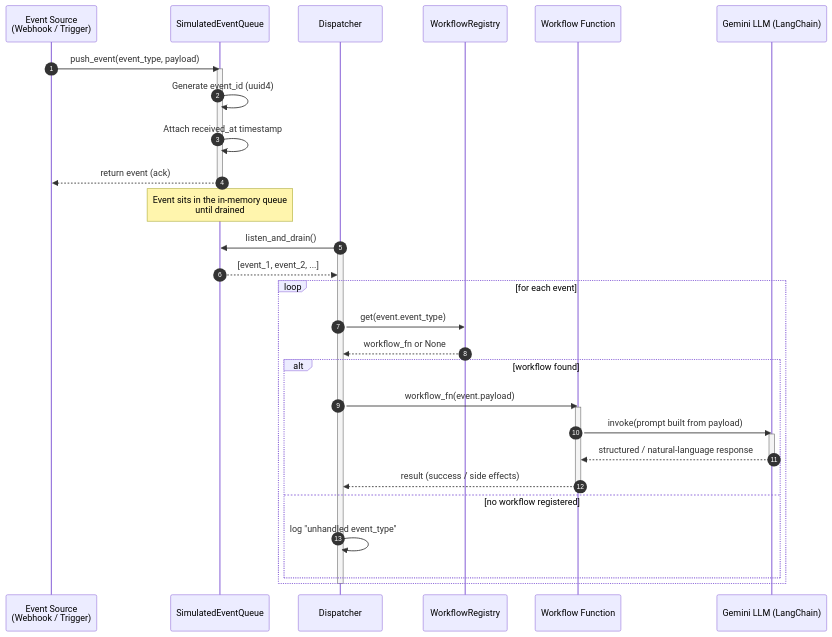
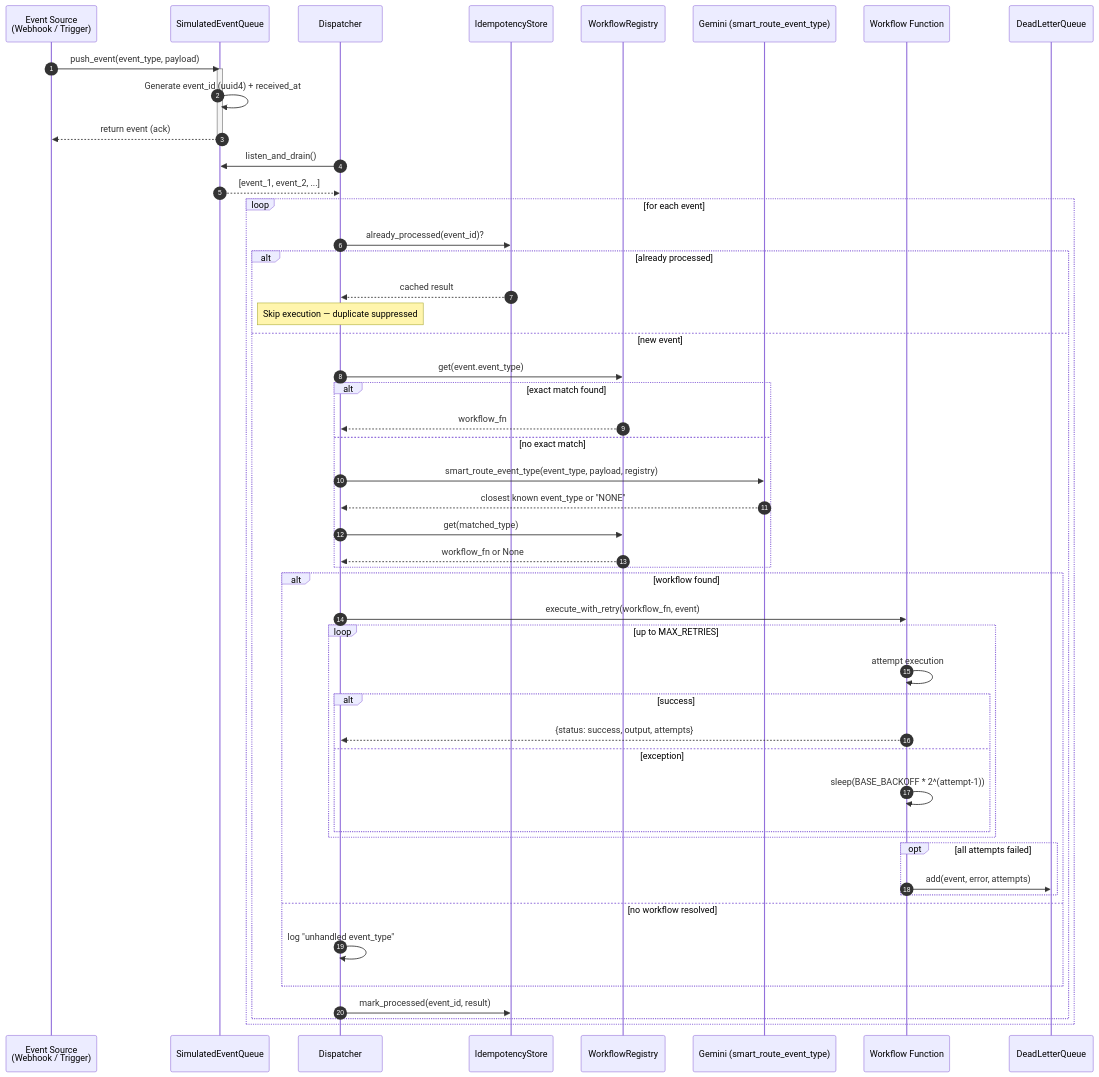
One commit to techakash32/Event-Driven-Workflow-Engine changed the second of 3 diagrams in README.md. Above: the diagram before and after it, drawn with Mermaid. The commit also changed other lines of this file, not shown here.

````diff
--- a/README.md
+++ b/README.md
@@ -135,42 +146,57 @@
 ```mermaid
 sequenceDiagram
     autonumber
     participant Src as Event Source<br/>(Webhook / Trigger)
     participant Q as SimulatedEventQueue
     participant Disp as Dispatcher
+    participant Idem as IdempotencyStore
     participant Reg as WorkflowRegistry
+    participant LLM as Gemini (smart_route_event_type)
     participant WF as Workflow Function
-    participant LLM as Gemini LLM (LangChain)
+    participant DLQ as DeadLetterQueue
 
     Src->>Q: push_event(event_type, payload)
     activate Q
-    Q->>Q: Generate event_id (uuid4)
-    Q->>Q: Attach received_at timestamp
+    Q->>Q: Generate event_id (uuid4) + received_at
     Q-->>Src: return event (ack)
     deactivate Q
 
-    Note over Q: Event sits in the in-memory queue<br/>until drained
-
     Disp->>Q: listen_and_drain()
-    activate Disp
     Q-->>Disp: [event_1, event_2, ...]
 
     loop for each event
-        Disp->>Reg: get(event.event_type)
-        Reg-->>Disp: workflow_fn or None
+        Disp->>Idem: already_processed(event_id)?
+        alt already processed
+            Idem-->>Disp: cached result
+            Note over Disp: Skip execution — duplicate suppressed
+        else new event
+            Disp->>Reg: get(event.event_type)
+            alt exact match found
+                Reg-->>Disp: workflow_fn
+            else no exact match
+                Disp->>LLM: smart_route_event_type(event_type, payload, registry)
+                LLM-->>Disp: closest known event_type or "NONE"
+                Disp->>Reg: get(matched_type)
+                Reg-->>Disp: workflow_fn or None
+            end
 
-        alt workflow found
-            Disp->>WF: workflow_fn(event.payload)
-            activate WF
-            WF->>LLM: invoke(prompt built from payload)
-            activate LLM
-            LLM-->>WF: structured / natural-language response
-            deactivate LLM
-            WF-->>Disp: result (success / side effects)
-            deactivate WF
-        else no workflow registered
-            Disp->>Disp: log "unhandled event_type"
+            alt workflow found
+                Disp->>WF: execute_with_retry(workflow_fn, event)
+                loop up to MAX_RETRIES
+                    WF->>WF: attempt execution
+                    alt success
+                        WF-->>Disp: {status: success, output, attempts}
+                    else exception
+                        WF->>WF: sleep(BASE_BACKOFF * 2^(attempt-1))
+                    end
+                end
+                opt all attempts failed
+                    WF->>DLQ: add(event, error, attempts)
+                end
+            else no workflow resolved
+                Disp->>Disp: log "unhandled event_type"
+            end
+            Disp->>Idem: mark_processed(event_id, result)
         end
     end
-    deactivate Disp
 ```
````
